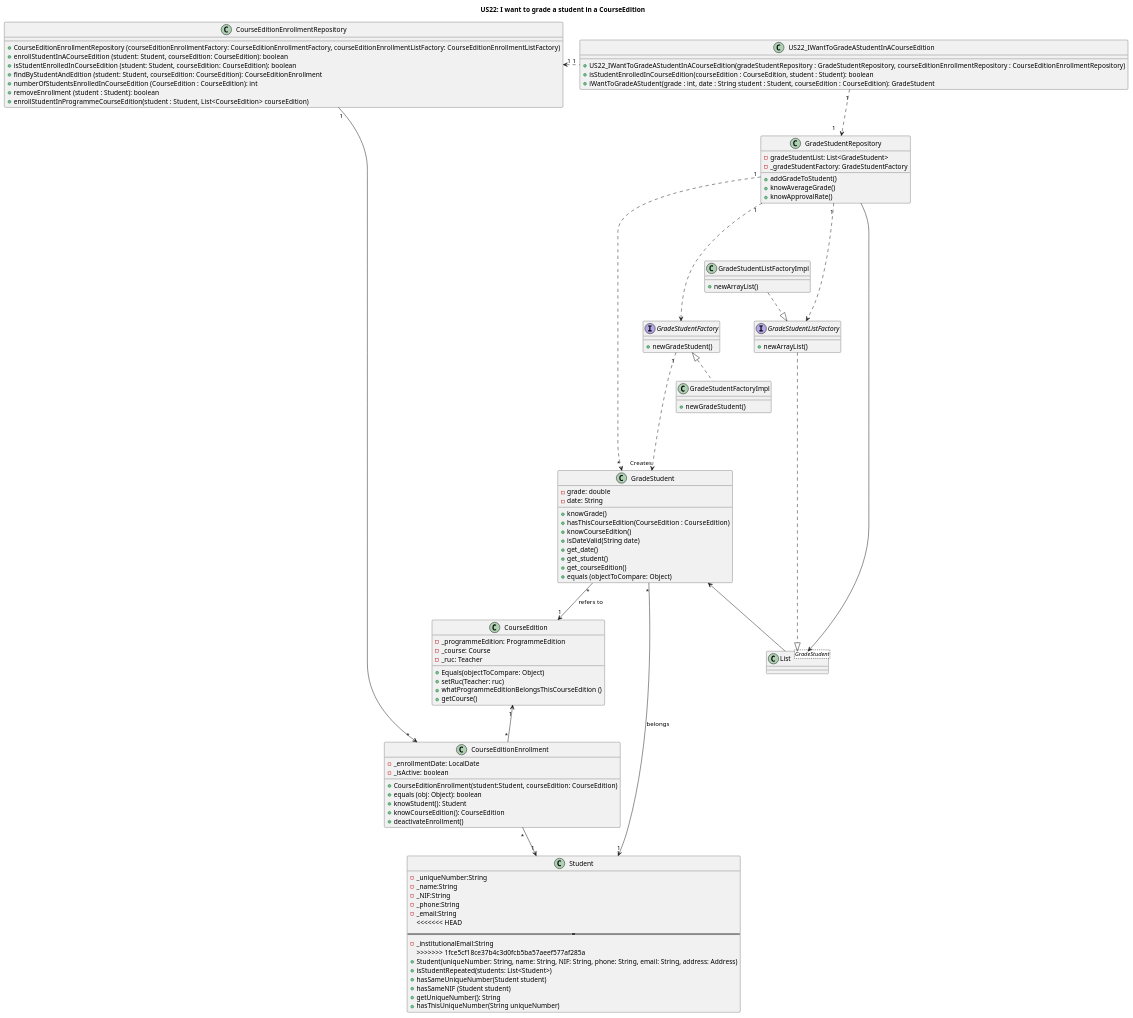
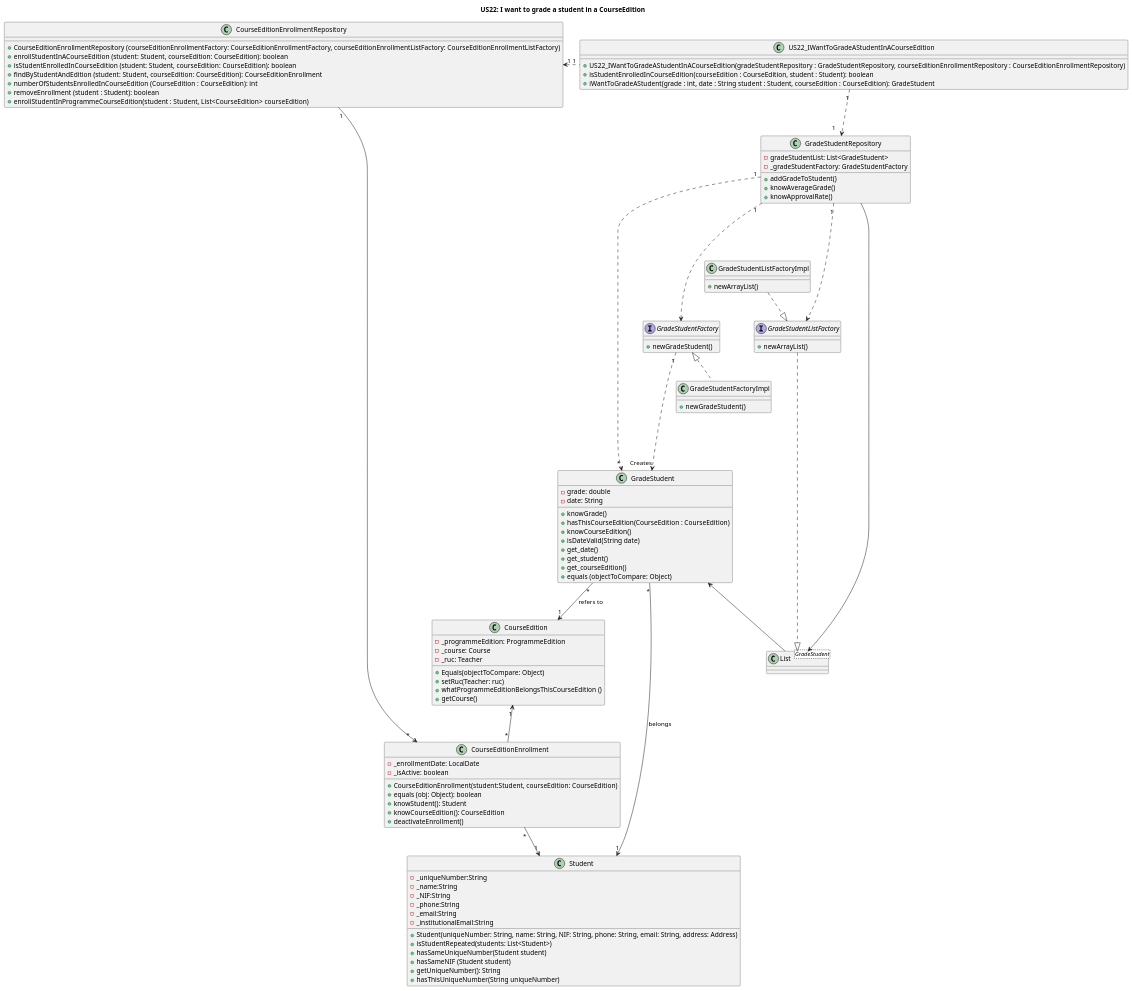
One commit to GasparISEP/DevOps-PAI changed the diagram in docs/US22/US22_GradeAStudentInACourseEdition_ClassDiagram.puml. Above: the diagram before and after it, drawn with PlantUML.

Commit message:
solving merge US22 class diagram

```diff
--- a/docs/US22/US22_GradeAStudentInACourseEdition_ClassDiagram.puml
+++ b/docs/US22/US22_GradeAStudentInACourseEdition_ClassDiagram.puml
@@ -1,124 +1,121 @@
 @startuml
 title US22: I want to grade a student in a CourseEdition
 'left to right direction
 
 class US22_IWantToGradeAStudentInACourseEdition {
     +US22_IWantToGradeAStudentInACourseEdition(gradeStudentRepository : GradeStudentRepository, courseEditionEnrollmentRepository : CourseEditionEnrollmentRepository)
     +isStudentEnrolledInCourseEdition(courseEdition : CourseEdition, student : Student): boolean
     +iWantToGradeAStudent(grade : int, date : String student : Student, courseEdition : CourseEdition): GradeStudent
 
 }
 
 class CourseEditionEnrollmentRepository {
     +CourseEditionEnrollmentRepository (courseEditionEnrollmentFactory: CourseEditionEnrollmentFactory, courseEditionEnrollmentListFactory: CourseEditionEnrollmentListFactory)
     +enrollStudentInACourseEdition (student: Student, courseEdition: CourseEdition): boolean
     +isStudentEnrolledInCourseEdition (student: Student, courseEdition: CourseEdition): boolean
     +findByStudentAndEdition (student: Student, courseEdition: CourseEdition): CourseEditionEnrollment
     +numberOfStudentsEnrolledInCourseEdition (CourseEdition : CourseEdition): int
     +removeEnrollment (student : Student): boolean
     +enrollStudentInProgrammeCourseEdition(student : Student, List<CourseEdition> courseEdition)
 }
 
 class CourseEditionEnrollment {
     -_enrollmentDate: LocalDate
     - _isActive: boolean
     +CourseEditionEnrollment(student:Student, courseEdition: CourseEdition)
     +equals (obj: Object): boolean
     +knowStudent(): Student
     +knowCourseEdition(): CourseEdition
     +deactivateEnrollment()
 }
 
 
 class List<GradeStudent> {
 
 }
 
 class GradeStudent {
     -grade: double
     -date: String
     +knowGrade()
     +hasThisCourseEdition(CourseEdition : CourseEdition)
     +knowCourseEdition()
     +isDateValid(String date)
     +get_date()
     +get_student()
     +get_courseEdition()
     +equals (objectToCompare: Object)
 }
 
 class GradeStudentRepository {
     -gradeStudentList: List<GradeStudent>
     - _gradeStudentFactory: GradeStudentFactory
     +addGradeToStudent()
     +knowAverageGrade()
     +knowApprovalRate()
 }
 
 interface GradeStudentFactory {
     +newGradeStudent()
 }
 
 interface GradeStudentListFactory {
     +newArrayList()
 }
 
 class GradeStudentListFactoryImpl {
     +newArrayList()
 }
 
 class GradeStudentFactoryImpl {
     +newGradeStudent()
 }
 
 class Student {
     -_uniqueNumber:String
     -_name:String
     -_NIF:String
     -_phone:String
     -_email:String
-<<<<<<< HEAD
-=======
     -_institutionalEmail:String
->>>>>>> 1fce5cf18ce37b4c3d0fcb5ba57aeef577af285a
     +Student(uniqueNumber: String, name: String, NIF: String, phone: String, email: String, address: Address)
     +isStudentRepeated(students: List<Student>)
     +hasSameUniqueNumber(Student student)
     +hasSameNIF (Student student)
     +getUniqueNumber(): String
     +hasThisUniqueNumber(String uniqueNumber)
 }
 
 class CourseEdition {
     -_programmeEdition: ProgrammeEdition
     -_course: Course
     -_ruc: Teacher
     +Equals(objectToCompare: Object)
     +setRuc(Teacher: ruc)
     +whatProgrammeEditionBelongsThisCourseEdition ()
     +getCourse()
 }
 
 
 GradeStudent "*" --> "1" Student: belongs
 GradeStudent "*" --> "1" CourseEdition: refers to
 GradeStudentRepository "1" ....> GradeStudentFactory
 GradeStudentFactory "1" ....> "Creates" GradeStudent
 GradeStudentRepository "1" ....>  GradeStudentListFactory
 GradeStudentListFactoryImpl ..|>  GradeStudentListFactory
 GradeStudentFactory  <|..  GradeStudentFactoryImpl
 GradeStudentListFactory ..|> List
 GradeStudent <-- List
 List <-- GradeStudentRepository
 CourseEditionEnrollmentRepository "1" --> "*" CourseEditionEnrollment
 CourseEditionEnrollment "*" --> "1" Student
 CourseEditionEnrollment "*" -up-> "1" CourseEdition
 
 
 GradeStudentRepository "1" ....> "*" GradeStudent
 
 
 US22_IWantToGradeAStudentInACourseEdition "1" ..left..> "1    " CourseEditionEnrollmentRepository
 US22_IWantToGradeAStudentInACourseEdition "1" ..> "1    " GradeStudentRepository
 
 @enduml
```
